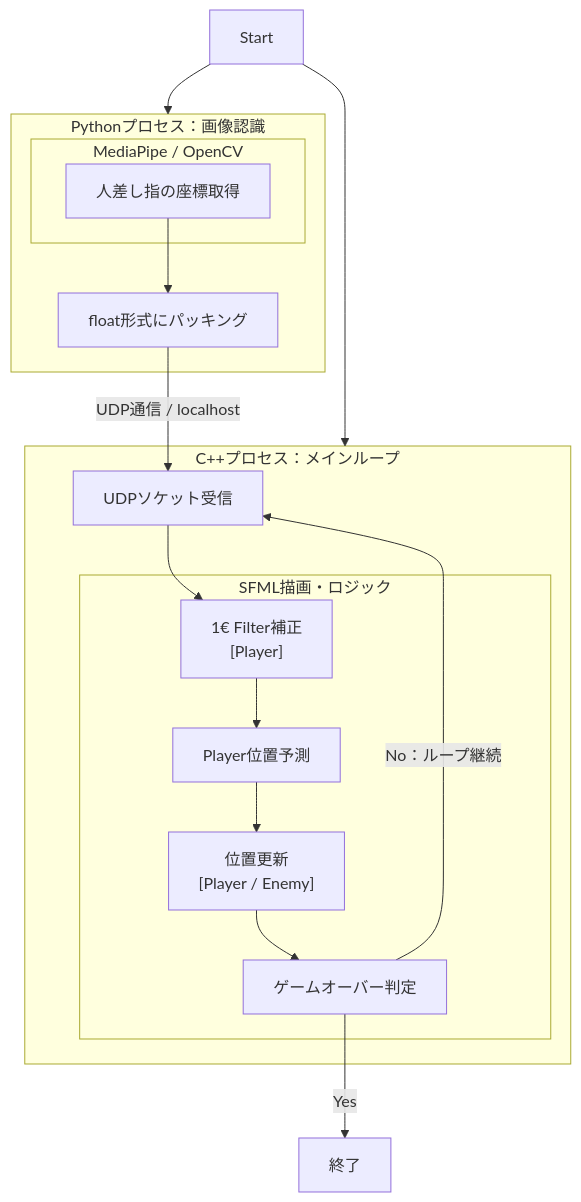
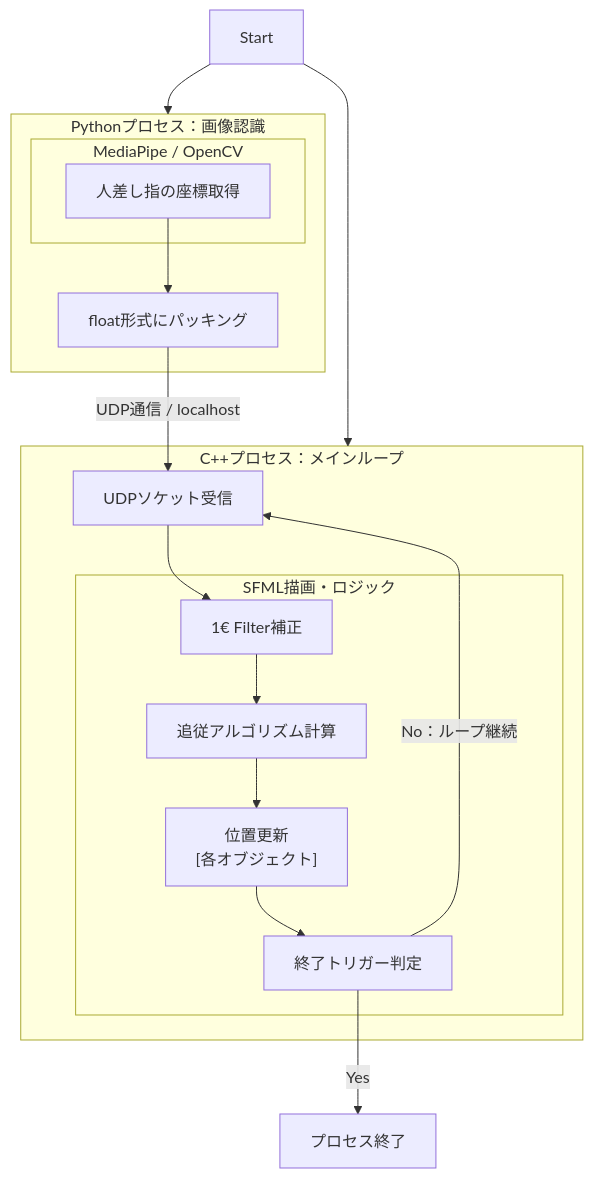
The diagram in assets/flowchart.md (dngmin/Escape-From-Finger-chaser), drawn with Mermaid before and after one commit. The commit also changed 1 other file, not shown here.

Commit message:
docs: fix Latex typo in README and change terms in flowchart

````diff
--- a/assets/flowchart.md
+++ b/assets/flowchart.md
@@ -1,38 +1,38 @@
 ```mermaid
 flowchart TD
     Start[Start]
-    GameOver[終了]
+    GameOver[プロセス終了]
 
     subgraph Python [Pythonプロセス：画像認識]
 
         subgraph ps[MediaPipe / OpenCV]
         P1[人差し指の座標取得]
         end
 
     P2[float形式にパッキング]
     end
 
     subgraph C++ [C++プロセス：メインループ]
     C1[UDPソケット受信]
         subgraph cs[SFML描画・ロジック]
-        C2["1€ Filter補正\n[Player]"]
-        C3[Player位置予測]
-        C4["位置更新\n[Player / Enemy]"]
-        C5[ゲームオーバー判定\n]
+        C2["1€ Filter補正"]
+        C3[追従アルゴリズム計算]
+        C4["位置更新\n[各オブジェクト]"]
+        C5[終了トリガー判定]
         end
 
     end
 
     Start --> Python 
     Start --> C++
 
     P1 --> P2
     P2 --UDP通信 / localhost--> C1
 
     C1 --> C2
     C2 --> C3
     C3 --> C4
     C4 --> C5
     C5 -- Yes --> GameOver
     C5 -- No：ループ継続 --> C1
 ```
````
